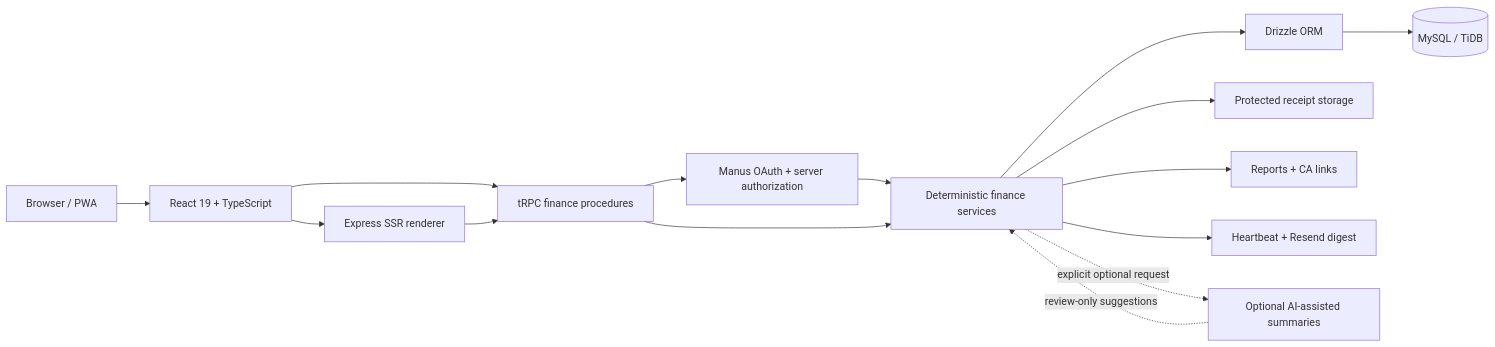
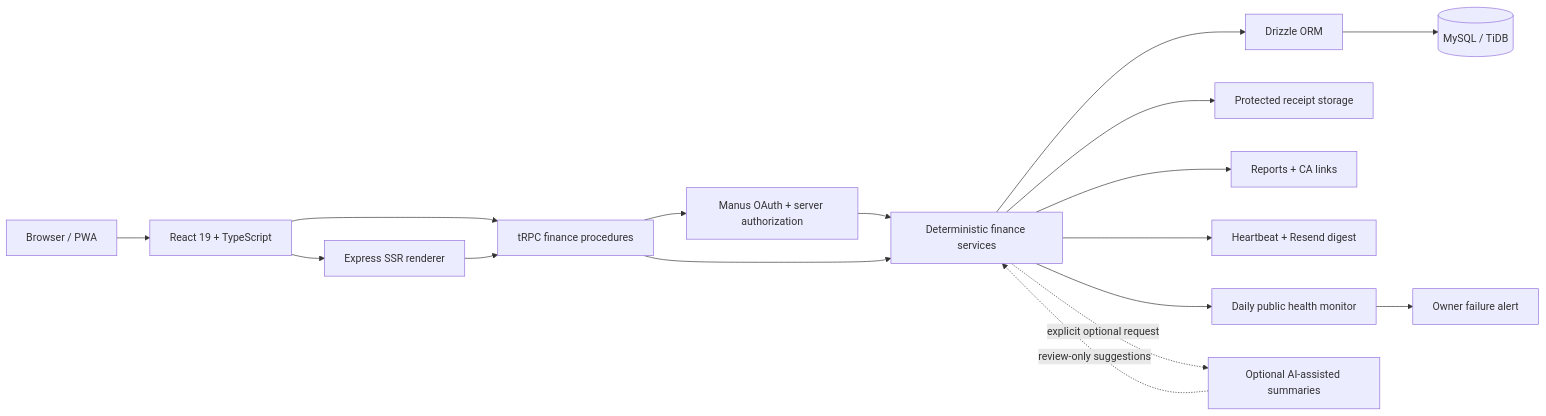
One commit to Abhirai2006/arthra changed the diagram in README.md. Above: the diagram before and after it, drawn with Mermaid. The commit also changed other lines of this file and 7 other files, not shown here.

Commit message:
Add daily public health monitoring

````diff
--- a/README.md
+++ b/README.md
@@ -223,17 +225,19 @@
 ```mermaid
 flowchart LR
   browser[Browser / PWA] --> react[React 19 + TypeScript]
   react --> ssr[Express SSR renderer]
   react --> trpc[tRPC finance procedures]
   ssr --> trpc
   trpc --> auth[Manus OAuth + server authorization]
   auth --> core[Deterministic finance services]
   trpc --> core
   core --> drizzle[Drizzle ORM]
   drizzle --> db[(MySQL / TiDB)]
   core --> storage[Protected receipt storage]
   core --> reports[Reports + CA links]
   core --> digest[Heartbeat + Resend digest]
+  core --> health[Daily public health monitor]
+  health --> ownerAlert[Owner failure alert]
   core -. explicit optional request .-> ai[Optional AI-assisted summaries]
   ai -. review-only suggestions .-> core
 ```
````
